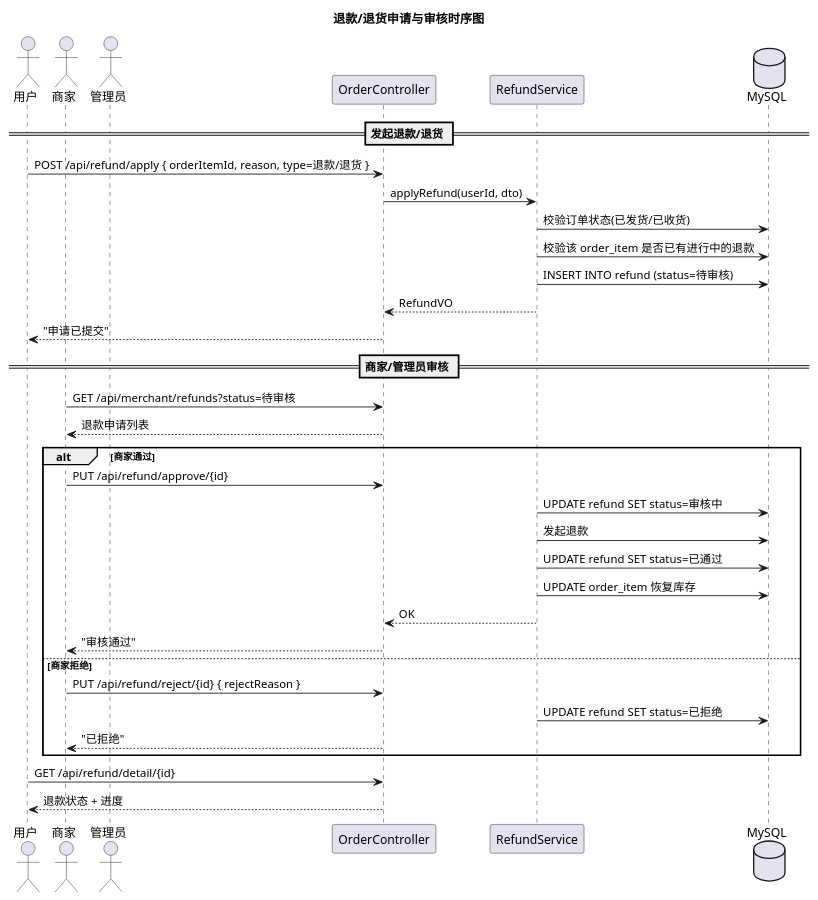
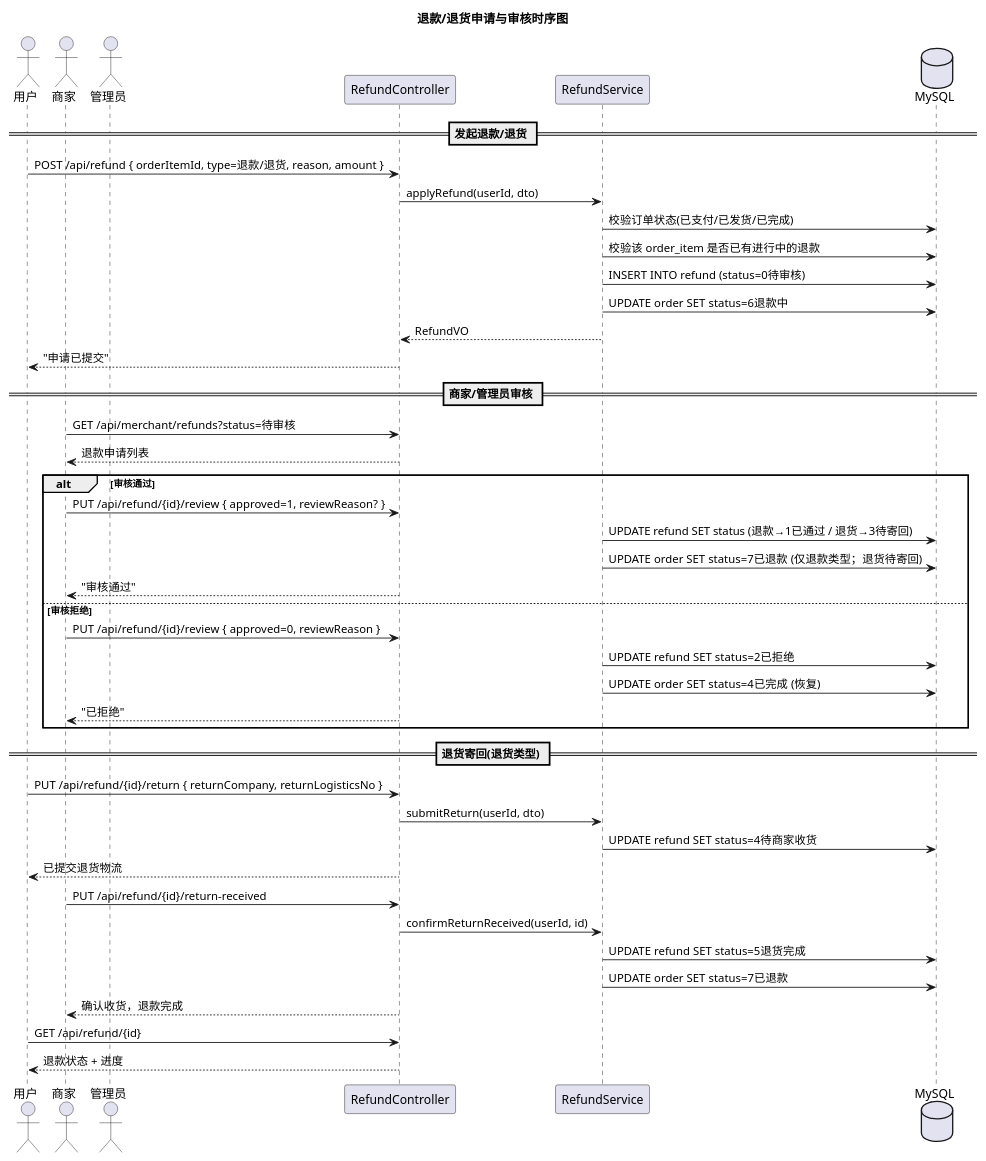
The fifth of 6 diagrams in uml/uml-sequence.puml (KIM406-CMD/chrono), drawn with PlantUML before and after one commit. The commit also changed other lines of this file and 21 other files, not shown here.

First line of the commit message:
docs: 同步设计文档与 UML 图

```diff
--- a/uml/uml-sequence.puml
+++ b/uml/uml-sequence.puml
@@ -268,43 +254,54 @@
 @startuml 退款退货流程
 
 title 退款/退货申请与审核时序图
 
 actor 用户 as User
 actor 商家 as Merchant
 actor 管理员 as Admin
-participant "OrderController" as OC
+participant "RefundController" as RC
 participant "RefundService" as RS
 database "MySQL" as DB
 
 == 发起退款/退货 ==
-User -> OC : POST /api/refund/apply { orderItemId, reason, type=退款/退货 }
-OC -> RS : applyRefund(userId, dto)
-RS -> DB : 校验订单状态(已发货/已收货)
+User -> RC : POST /api/refund { orderItemId, type=退款/退货, reason, amount }
+RC -> RS : applyRefund(userId, dto)
+RS -> DB : 校验订单状态(已支付/已发货/已完成)
 RS -> DB : 校验该 order_item 是否已有进行中的退款
-RS -> DB : INSERT INTO refund (status=待审核)
-RS --> OC : RefundVO
-OC --> User : "申请已提交"
+RS -> DB : INSERT INTO refund (status=0待审核)
+RS -> DB : UPDATE order SET status=6退款中
+RS --> RC : RefundVO
+RC --> User : "申请已提交"
 
 == 商家/管理员审核 ==
-Merchant -> OC : GET /api/merchant/refunds?status=待审核
-OC --> Merchant : 退款申请列表
+Merchant -> RC : GET /api/merchant/refunds?status=待审核
+RC --> Merchant : 退款申请列表
 
-alt 商家通过
-  Merchant -> OC : PUT /api/refund/approve/{id}
-  RS -> DB : UPDATE refund SET status=审核中
-  RS -> DB : 发起退款
-  RS -> DB : UPDATE refund SET status=已通过
-  RS -> DB : UPDATE order_item 恢复库存
-  RS --> OC : OK
-  OC --> Merchant : "审核通过"
+alt 审核通过
+  Merchant -> RC : PUT /api/refund/{id}/review { approved=1, reviewReason? }
+  RS -> DB : UPDATE refund SET status (退款→1已通过 / 退货→3待寄回)
+  RS -> DB : UPDATE order SET status=7已退款 (仅退款类型；退货待寄回)
+  RC --> Merchant : "审核通过"
 
-else 商家拒绝
-  Merchant -> OC : PUT /api/refund/reject/{id} { rejectReason }
-  RS -> DB : UPDATE refund SET status=已拒绝
-  OC --> Merchant : "已拒绝"
+else 审核拒绝
+  Merchant -> RC : PUT /api/refund/{id}/review { approved=0, reviewReason }
+  RS -> DB : UPDATE refund SET status=2已拒绝
+  RS -> DB : UPDATE order SET status=4已完成 (恢复)
+  RC --> Merchant : "已拒绝"
 end
 
-User -> OC : GET /api/refund/detail/{id}
-OC --> User : 退款状态 + 进度
+== 退货寄回(退货类型) ==
+User -> RC : PUT /api/refund/{id}/return { returnCompany, returnLogisticsNo }
+RC -> RS : submitReturn(userId, dto)
+RS -> DB : UPDATE refund SET status=4待商家收货
+RC --> User : 已提交退货物流
+
+Merchant -> RC : PUT /api/refund/{id}/return-received
+RC -> RS : confirmReturnReceived(userId, id)
+RS -> DB : UPDATE refund SET status=5退货完成
+RS -> DB : UPDATE order SET status=7已退款
+RC --> Merchant : 确认收货，退款完成
+
+User -> RC : GET /api/refund/{id}
+RC --> User : 退款状态 + 进度
 
 @enduml
```
